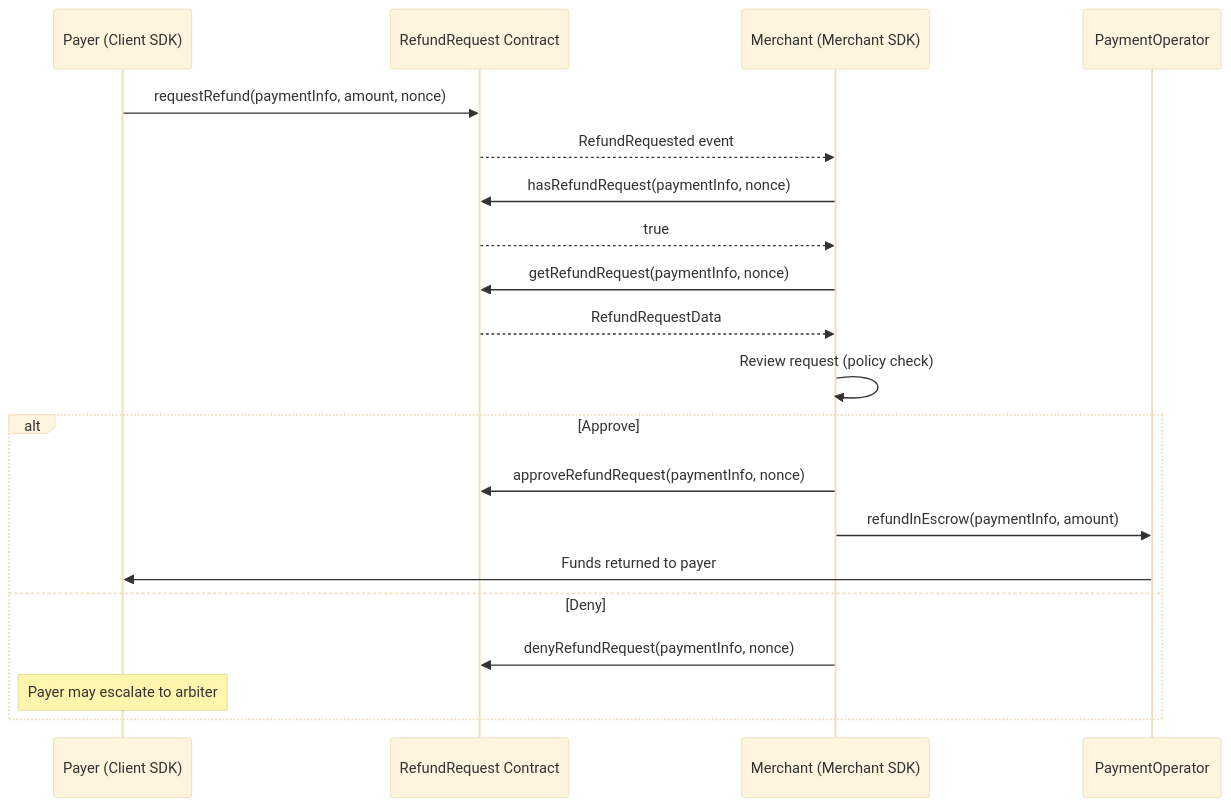
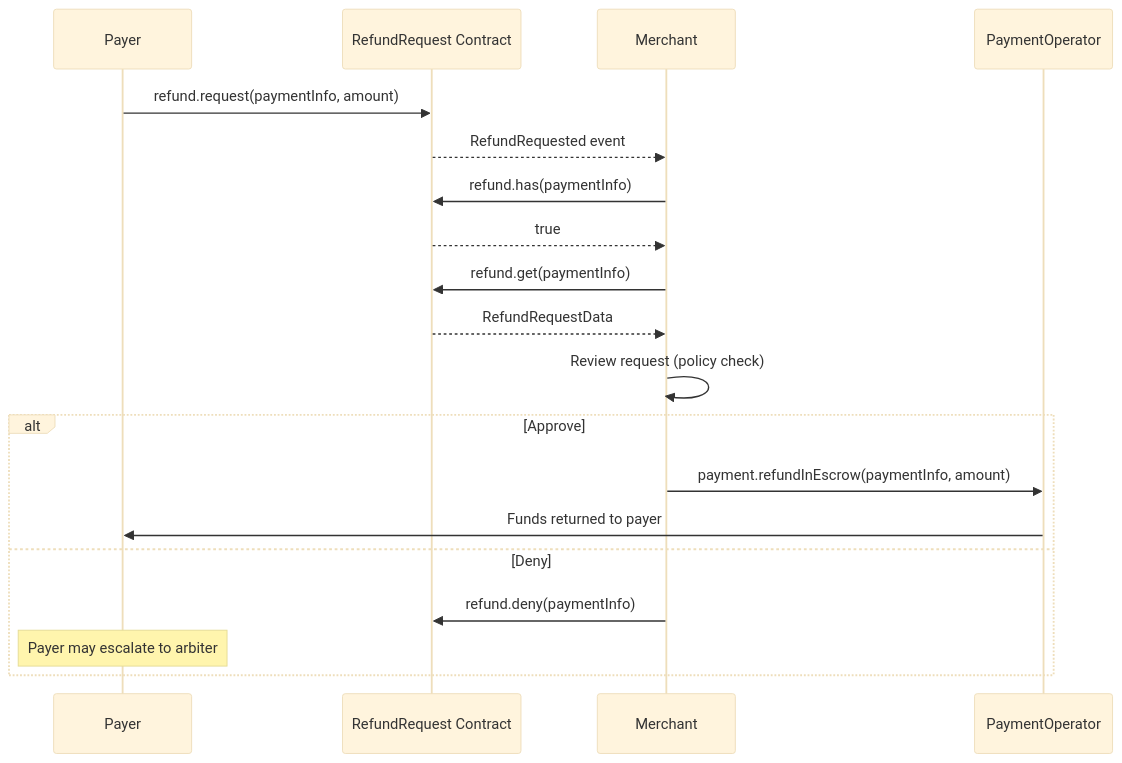
One commit to BackTrackCo/docs changed the diagram in sdk/merchant/refund-handling.mdx. Above: the diagram before and after it, drawn with Mermaid (base theme). The commit also changed other lines of this file and 17 other files, not shown here.

````diff
--- a/sdk/merchant/refund-handling.mdx
+++ b/sdk/merchant/refund-handling.mdx
@@ -268,26 +212,25 @@
 ```mermaid
 sequenceDiagram
-    participant P as Payer (Client SDK)
+    participant P as Payer
     participant R as RefundRequest Contract
-    participant M as Merchant (Merchant SDK)
+    participant M as Merchant
     participant O as PaymentOperator
 
-    P->>R: requestRefund(paymentInfo, amount, nonce)
+    P->>R: refund.request(paymentInfo, amount)
     R-->>M: RefundRequested event
 
-    M->>R: hasRefundRequest(paymentInfo, nonce)
+    M->>R: refund.has(paymentInfo)
     R-->>M: true
-    M->>R: getRefundRequest(paymentInfo, nonce)
+    M->>R: refund.get(paymentInfo)
     R-->>M: RefundRequestData
 
     M->>M: Review request (policy check)
 
     alt Approve
-        M->>R: approveRefundRequest(paymentInfo, nonce)
-        M->>O: refundInEscrow(paymentInfo, amount)
+        M->>O: payment.refundInEscrow(paymentInfo, amount)
         O->>P: Funds returned to payer
     else Deny
-        M->>R: denyRefundRequest(paymentInfo, nonce)
+        M->>R: refund.deny(paymentInfo)
         Note over P: Payer may escalate to arbiter
     end
 ```
````
